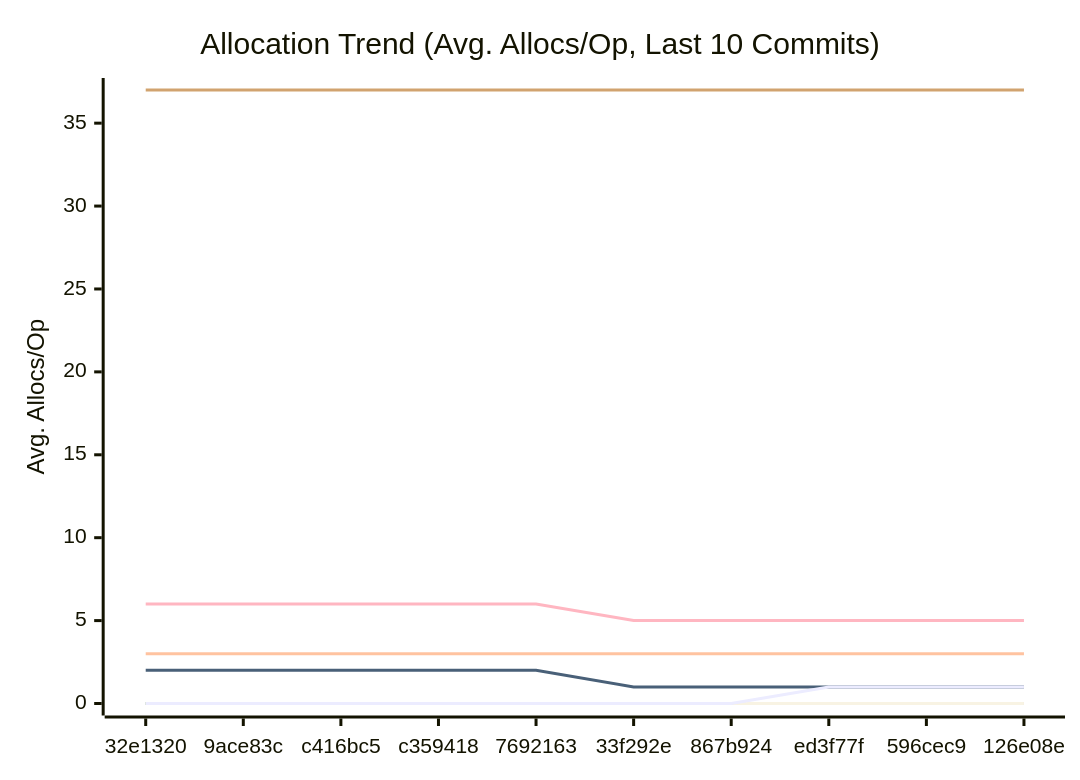
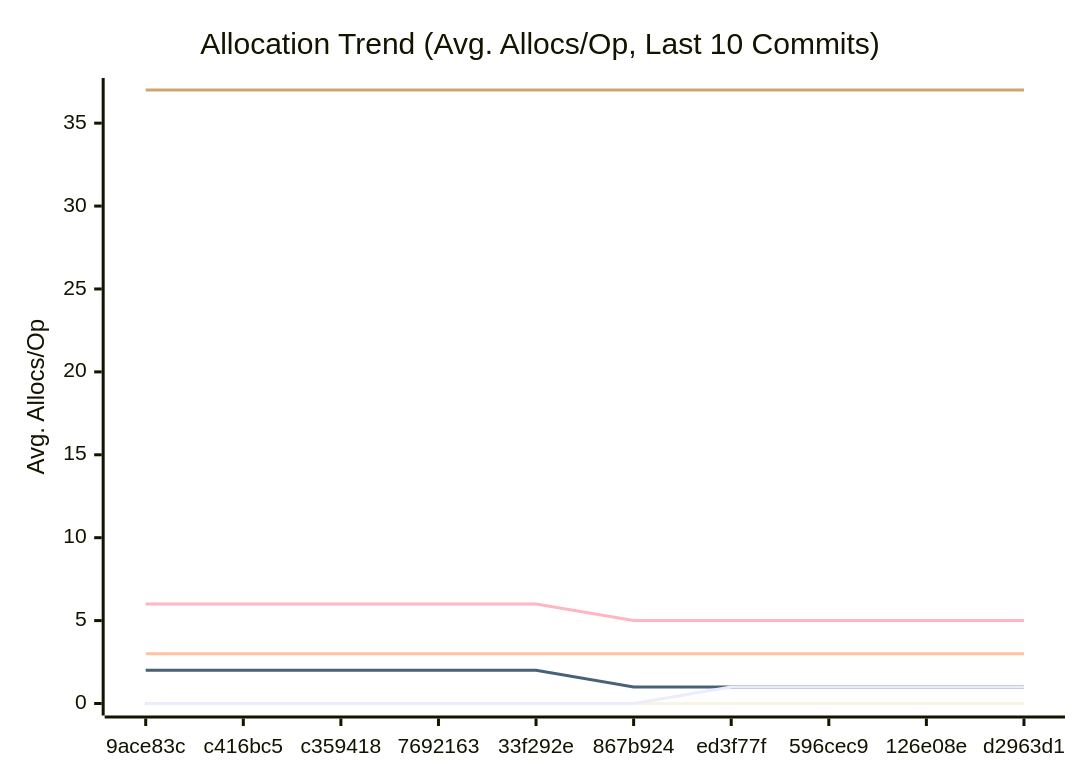
The third of 3 diagrams in docs/PERFORMANCE.md (alsotoes/momo), drawn with Mermaid before and after one commit. The commit also changed other lines of this file and 2 other files, not shown here.

````diff
--- a/docs/PERFORMANCE.md
+++ b/docs/PERFORMANCE.md
@@ -176,18 +176,18 @@
 ```mermaid
 xychart-beta
     title "Allocation Trend (Avg. Allocs/Op, Last 10 Commits)"
     x-axis "Commit"
     y-axis "Avg. Allocs/Op"
-    x-axis [32e1320,9ace83c,c416bc5,c359418,7692163,33f292e,867b924,ed3f77f,596cec9,126e08e]
+    x-axis [9ace83c,c416bc5,c359418,7692163,33f292e,867b924,ed3f77f,596cec9,126e08e,d2963d1]
     line "CheckMetricsAndSwap" [0,0,0,0,0,0,0,0,0,0]
     line "CrushOptimized" [0,0,0,0,0,0,0,0,0,0]
     line "CrushOriginal" [3,3,3,3,3,3,3,3,3,3]
     line "IndexDirectTracking" [0,0,0,0,0,0,0,0,0,0]
     line "IndexSearch" [0,0,0,0,0,0,0,0,0,0]
     line "LoadGlobalConfig" [37,37,37,37,37,37,37,37,37,37]
     line "PadString" [0,0,0,0,0,0,0,0,0,0]
     line "ParseReplicationOrder_NoPrealloc" [6,6,6,6,6,5,5,5,5,5]
     line "ParseReplicationOrder_Prealloc" [2,2,2,2,2,1,1,1,1,1]
     line "SanitizeLog/Safe" [0,0,0,0,0,0,0,0,0,0]
-    line "SanitizeLog/Unsafe" [0,0,0,0,0,0,0,1,1,1]
+    line "SanitizeLog/Unsafe" [0,0,0,0,0,0,1,1,1,1]
 ```
````
